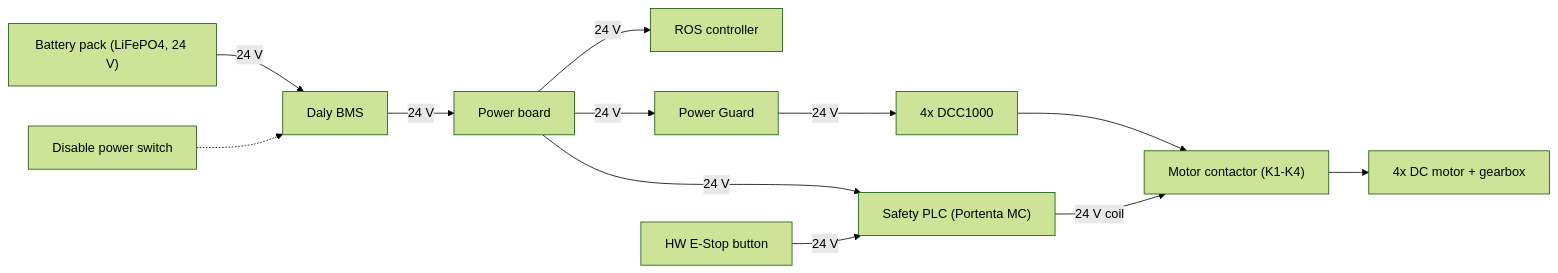
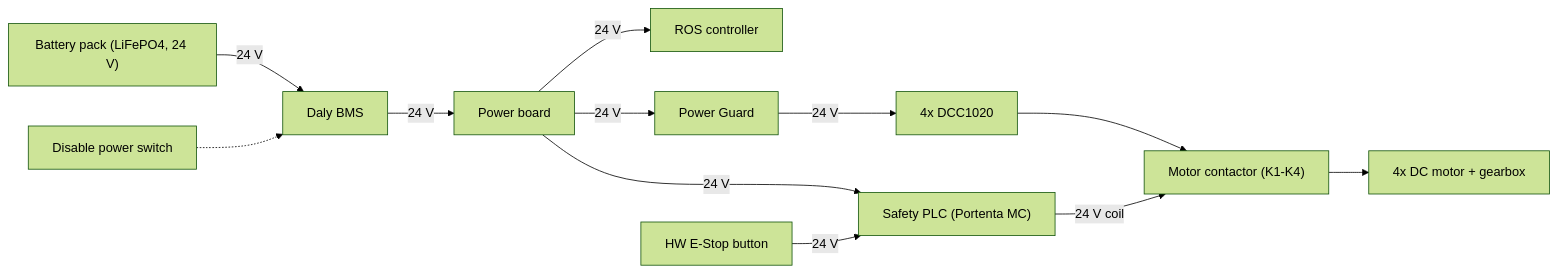
Before and after one commit to isaacbotsrl/isaacbot_amr_ros: the first of 2 diagrams in docs/hardware/components.md, drawn with Mermaid (forest theme). The commit also changed other lines of this file and 54 other files, not shown here.

````diff
--- a/docs/hardware/components.md
+++ b/docs/hardware/components.md
@@ -71,14 +75,14 @@
 ```mermaid
 flowchart LR
     BAT["Battery pack (LiFePO4, 24 V)"] -->|24 V| BMS["Daly BMS"]
     SW["Disable power switch"] -.-> BMS
     BMS -->|24 V| PB["Power board"]
     PB -->|24 V| PC["ROS controller"]
     PB -->|24 V| PLC["Safety PLC (Portenta MC)"]
     PB -->|24 V| PG["Power Guard"]
-    PG -->|24 V| DRV["4x DCC1000"]
+    PG -->|24 V| DRV["4x DCC1020"]
     DRV --> K["Motor contactor (K1-K4)"]
     K --> M["4x DC motor + gearbox"]
     PLC -->|"24 V coil"| K
     EB["HW E-Stop button"] -->|24 V| PLC
 ```
````
